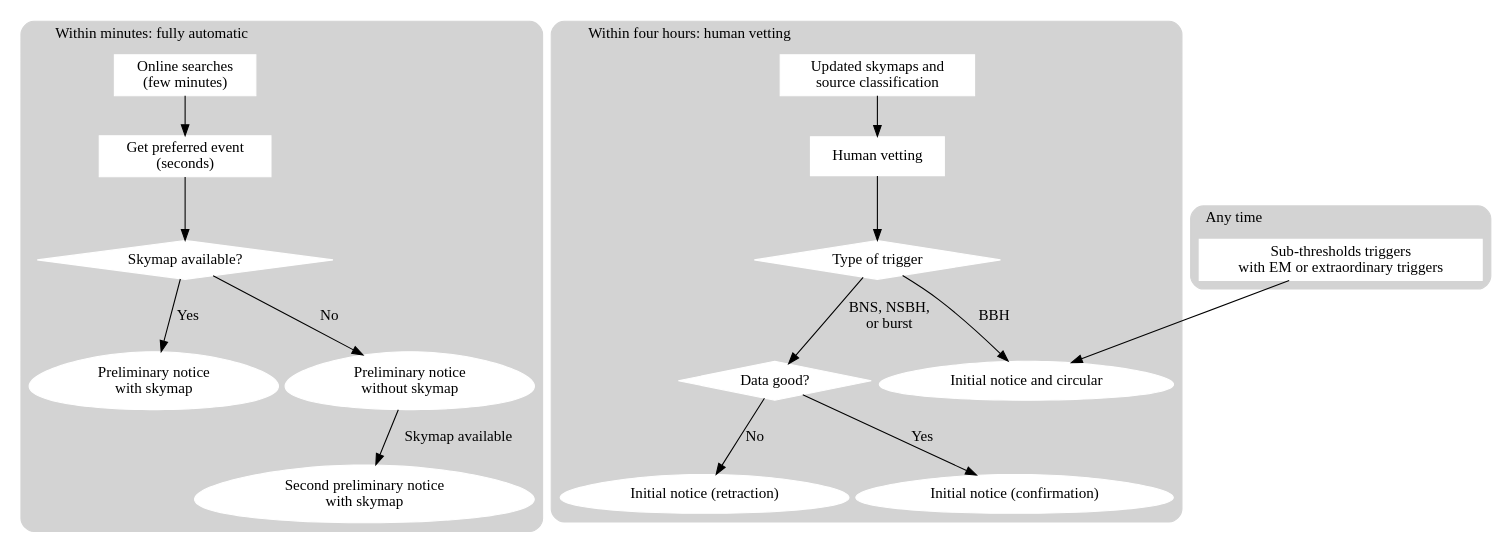
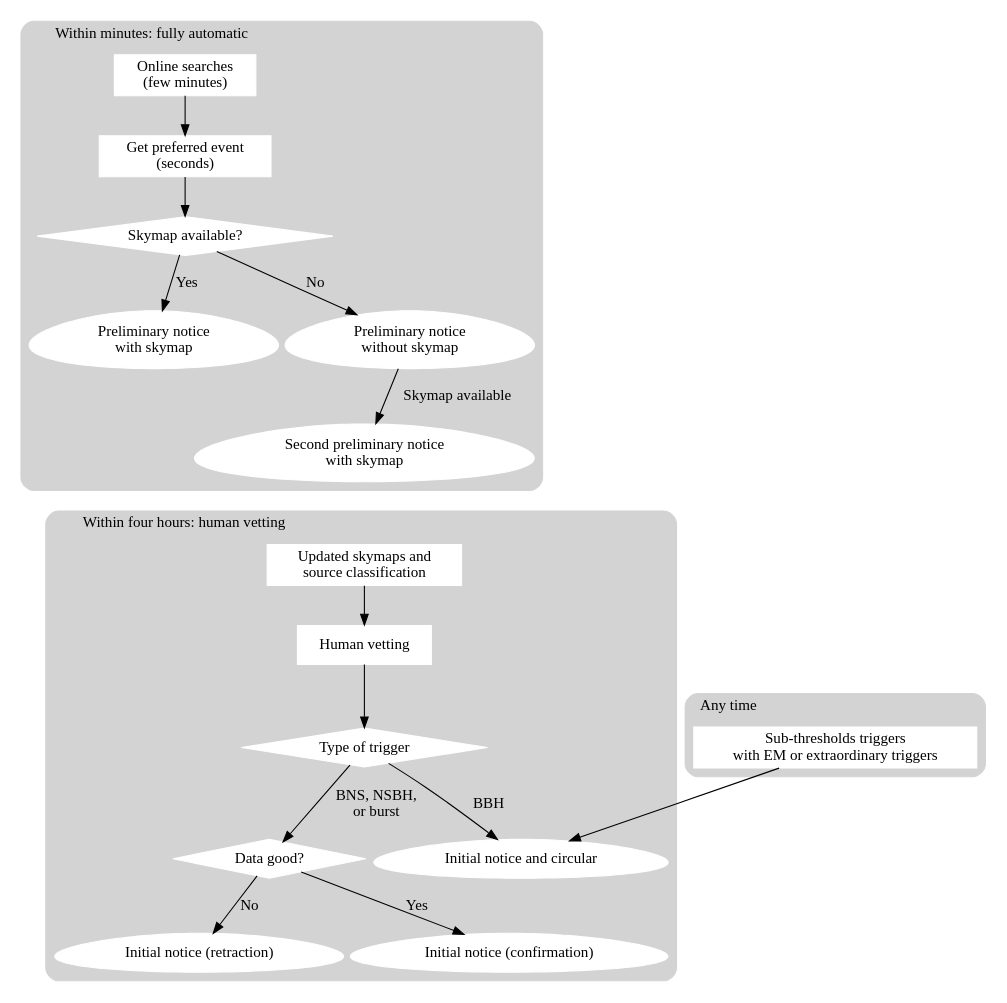
One commit to lpsinger/userguide changed the diagram in procedures/index.rst. Above: the diagram before and after it, drawn with Graphviz. The commit also changed other lines of this file, not shown here.

Commit message:
One subgraph under another

```diff
--- a/procedures/index.rst
+++ b/procedures/index.rst
@@ -180,3 +180,5 @@
         sub_thres -> initial;
         label = "Any time"
     }
+
+    preliminary_notice_2_map -> updated_skymaps [style=invis]
```
